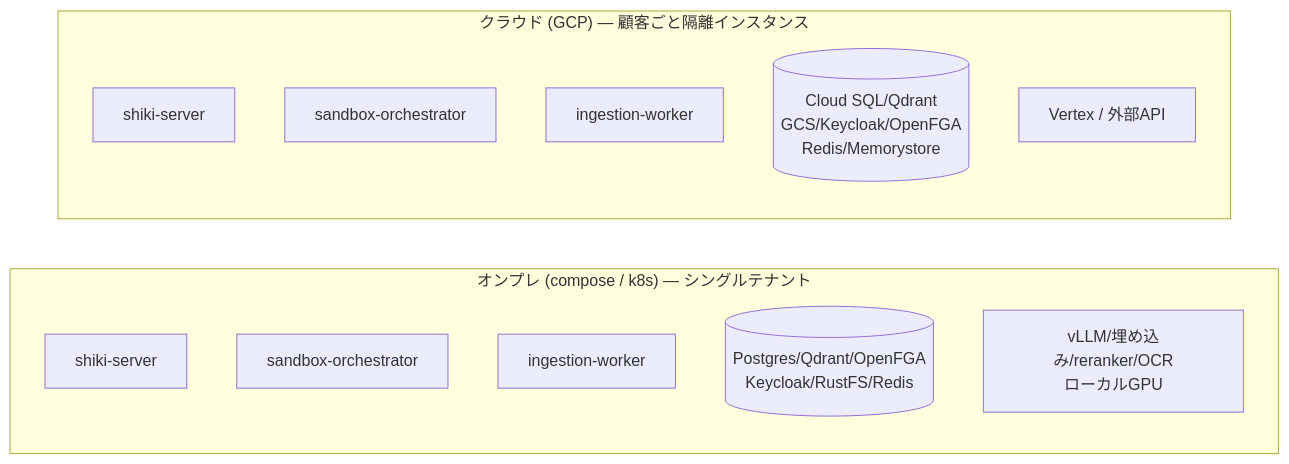
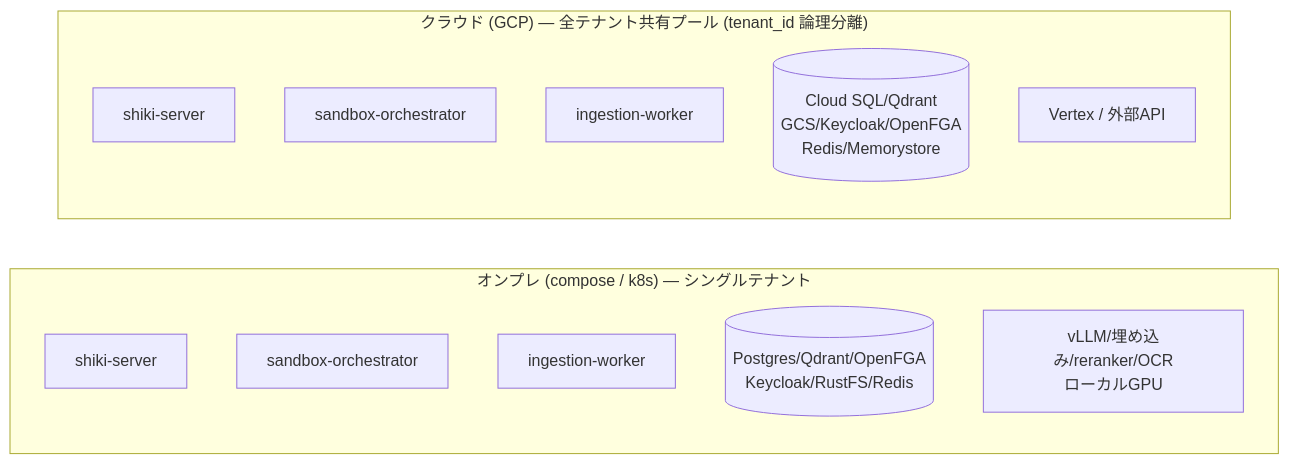
The second of 10 diagrams in docs/design.md (imanect-labs/shiki-platform), drawn with Mermaid before and after one commit. The commit also changed other lines of this file and 12 other files, not shown here.

````diff
--- a/docs/design.md
+++ b/docs/design.md
@@ -83,18 +83,18 @@
 ```mermaid
 flowchart LR
   subgraph OnPrem["オンプレ (compose / k8s) — シングルテナント"]
     S1[shiki-server]
     O1[sandbox-orchestrator]
     I1[ingestion-worker]
     DEP1[(Postgres/Qdrant/OpenFGA<br/>Keycloak/RustFS/Redis)]
     INF1[vLLM/埋め込み/reranker/OCR<br/>ローカルGPU]
   end
 
-  subgraph Cloud["クラウド (GCP) — 顧客ごと隔離インスタンス"]
+  subgraph Cloud["クラウド (GCP) — 全テナント共有プール (tenant_id 論理分離)"]
     S2[shiki-server]
     O2[sandbox-orchestrator]
     I2[ingestion-worker]
     DEP2[(Cloud SQL/Qdrant<br/>GCS/Keycloak/OpenFGA<br/>Redis/Memorystore)]
     INF2[Vertex / 外部API]
   end
 ```
````
